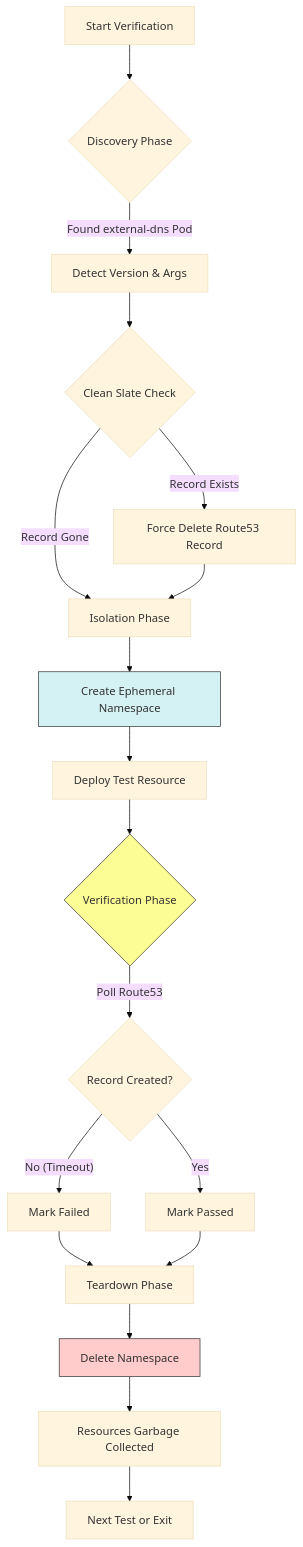
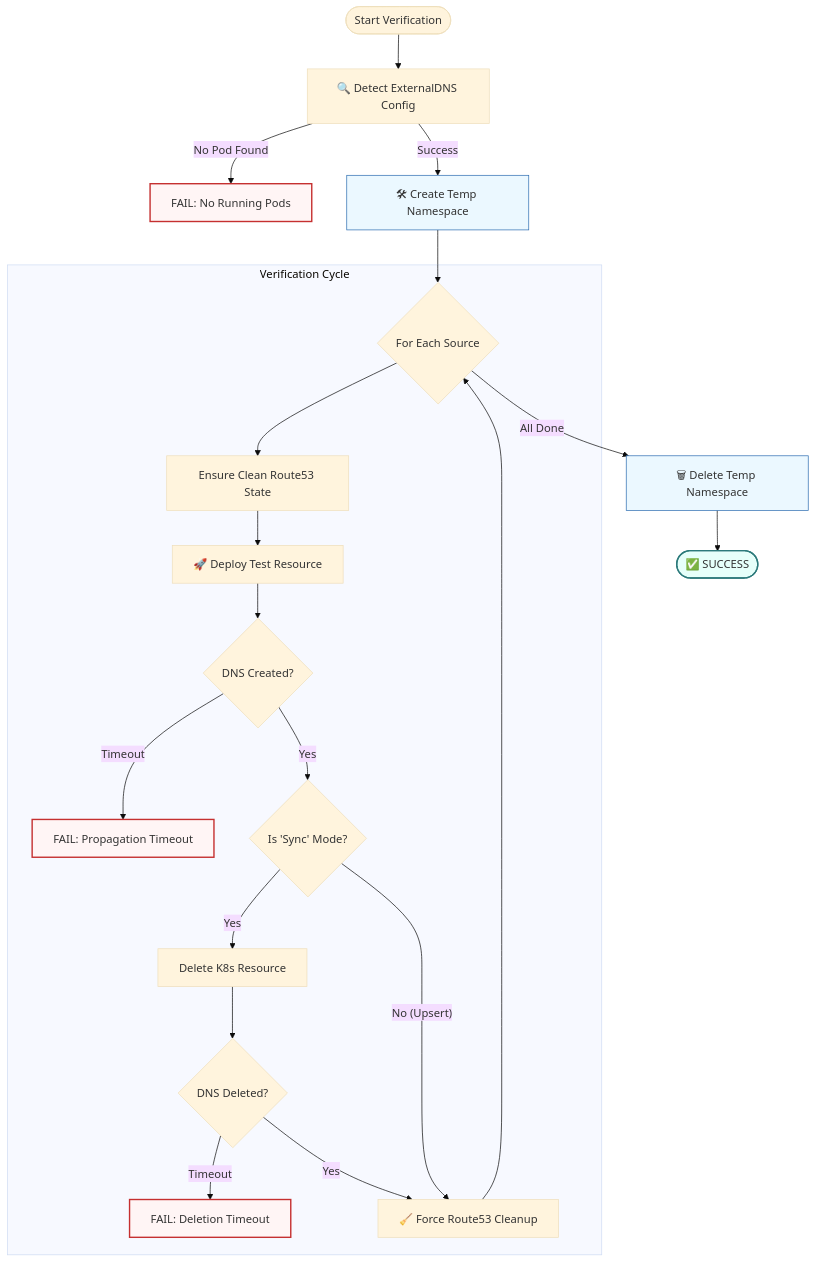
Before and after one commit to andy145155/shared: the diagram in README.md, drawn with Mermaid (base theme). The commit also changed other lines of this file, not shown here.

````diff
--- a/README.md
+++ b/README.md
@@ -23,30 +31,35 @@
 ```mermaid
-graph TD
-    A[Start Verification] --> B{Discovery Phase}
-    B -->|Found external-dns Pod| C[Detect Version & Args]
+flowchart TD
+    classDef success fill:#e6fffa,stroke:#2c7a7b,stroke-width:2px;
+    classDef fail fill:#fff5f5,stroke:#c53030,stroke-width:2px;
+    classDef process fill:#ebf8ff,stroke:#2b6cb0,stroke-width:1px;
+
+    Start([Start Verification]) --> Detect[🔍 Detect ExternalDNS Config]
     
-    C --> D{Clean Slate Check}
-    D -->|Record Exists| E[Force Delete Route53 Record]
-    D -->|Record Gone| F[Isolation Phase]
-    E --> F
+    Detect -- No Pod Found --> FailInit[FAIL: No Running Pods]:::fail
+    Detect -- Success --> Setup[🛠 Create Temp Namespace]:::process
+
+    Setup --> LoopStart{For Each Source}
     
-    F --> G[Create Ephemeral Namespace]
-    G --> H[Deploy Test Resource]
-    
-    H --> I{Verification Phase}
-    I -->|Poll Route53| J{Record Created?}
-    J -- No (Timeout) --> K[Mark Failed]
-    J -- Yes --> L[Mark Passed]
-    
-    K --> M[Teardown Phase]
-    L --> M
-    
-    M --> N[Delete Namespace]
-    N --> O[Resources Garbage Collected]
-    O --> P[Next Test or Exit]
-    
-    style G fill:#d4f1f4,stroke:#333
-    style I fill:#fdfd96,stroke:#333
-    style N fill:#ffcccb,stroke:#333
+    subgraph TestLoop [Verification Cycle]
+        LoopStart --> PreClean[Ensure Clean Route53 State]
+        PreClean --> Deploy[🚀 Deploy Test Resource]
+        Deploy --> CheckCreate{DNS Created?}
+        
+        CheckCreate -- Timeout --> FailCreate[FAIL: Propagation Timeout]:::fail
+        CheckCreate -- Yes --> ModeCheck{Is 'Sync' Mode?}
+        
+        ModeCheck -- Yes --> K8sDelete[Delete K8s Resource]
+        K8sDelete --> CheckDelete{DNS Deleted?}
+        CheckDelete -- Timeout --> FailDelete[FAIL: Deletion Timeout]:::fail
+        CheckDelete -- Yes --> Cleanup
+        
+        ModeCheck -- No (Upsert) --> Cleanup[🧹 Force Route53 Cleanup]
+    end
+
+    Cleanup --> LoopStart
+    LoopStart -- All Done --> Teardown[🗑 Delete Temp Namespace]:::process
+    Teardown --> Success([✅ SUCCESS]):::success
+
 
 ```
````
